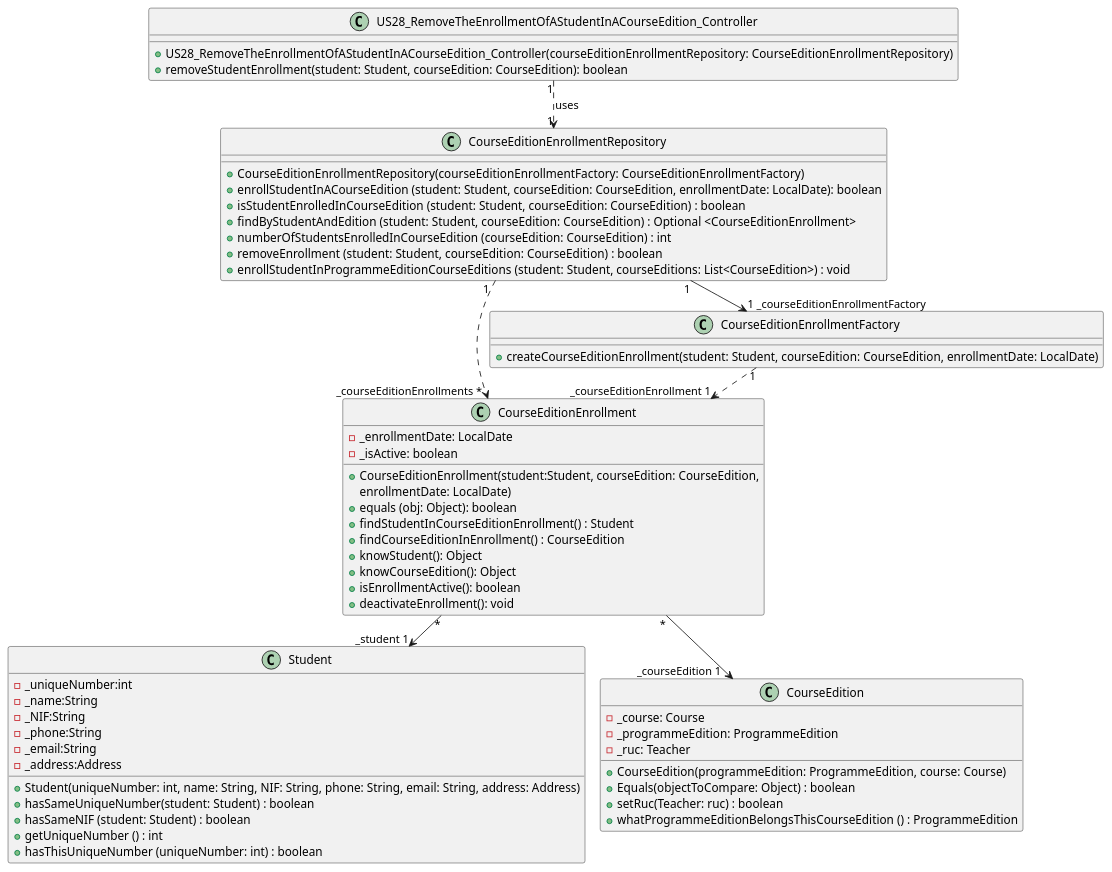
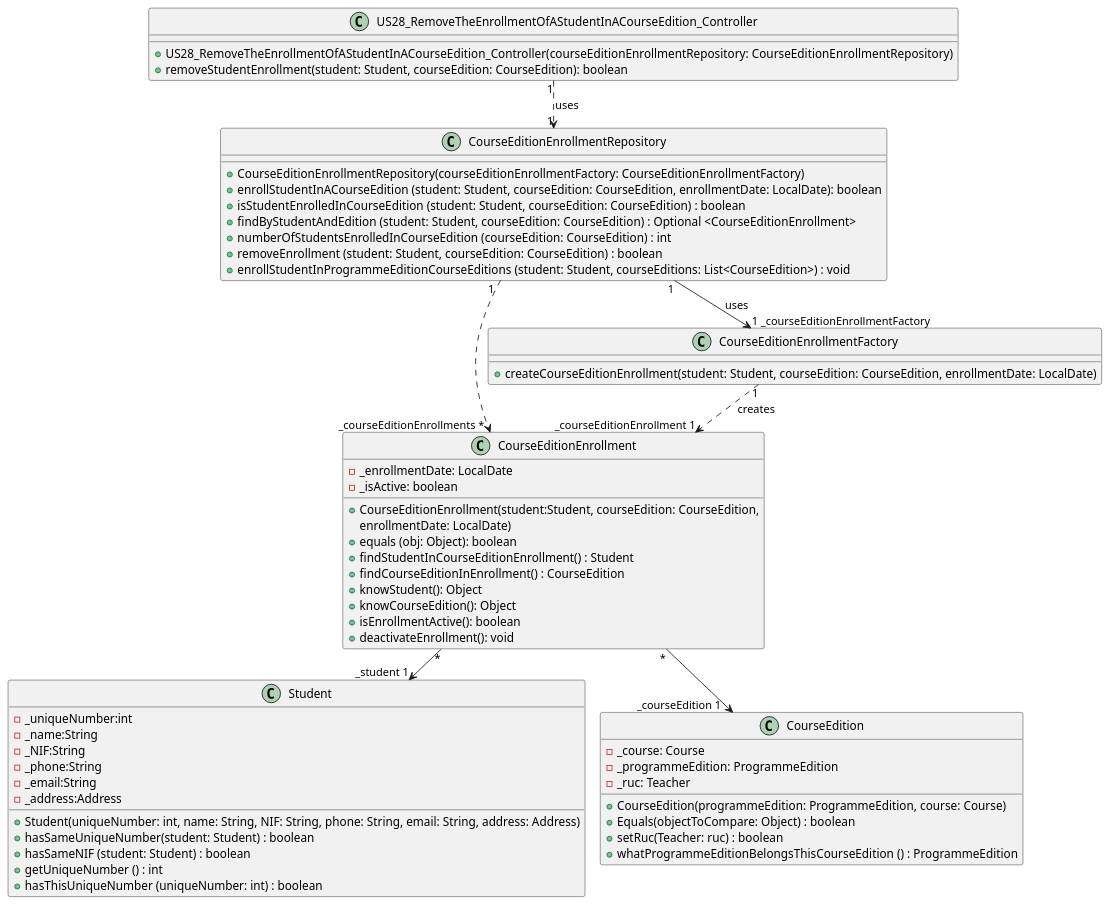
Before and after one commit to GasparISEP/DevOps-PAI: the diagram in docs/US28/US28_RemoveTheEnrollmentOfAStudentInACourseEdition_ClassDiagram.puml, drawn with PlantUML.

Commit message:
Refactor US28_ClassDiagram associations for better readability

```diff
--- a/docs/US28/US28_RemoveTheEnrollmentOfAStudentInACourseEdition_ClassDiagram.puml
+++ b/docs/US28/US28_RemoveTheEnrollmentOfAStudentInACourseEdition_ClassDiagram.puml
@@ -1,67 +1,67 @@
 @startuml
 !pragma layout smetana
 
 class US28_RemoveTheEnrollmentOfAStudentInACourseEdition_Controller {
     +US28_RemoveTheEnrollmentOfAStudentInACourseEdition_Controller(courseEditionEnrollmentRepository: CourseEditionEnrollmentRepository)
     +removeStudentEnrollment(student: Student, courseEdition: CourseEdition): boolean
 }
 
 class CourseEditionEnrollment {
     -_enrollmentDate: LocalDate
     -_isActive: boolean
     +CourseEditionEnrollment(student:Student, courseEdition: CourseEdition,
      enrollmentDate: LocalDate)
     +equals (obj: Object): boolean
     +findStudentInCourseEditionEnrollment() : Student
     +findCourseEditionInEnrollment() : CourseEdition
     +knowStudent(): Object
     +knowCourseEdition(): Object
     +isEnrollmentActive(): boolean
     +deactivateEnrollment(): void
 }
 
 class CourseEditionEnrollmentRepository {
     +CourseEditionEnrollmentRepository(courseEditionEnrollmentFactory: CourseEditionEnrollmentFactory)
     +enrollStudentInACourseEdition (student: Student, courseEdition: CourseEdition, enrollmentDate: LocalDate): boolean
     +isStudentEnrolledInCourseEdition (student: Student, courseEdition: CourseEdition) : boolean
     +findByStudentAndEdition (student: Student, courseEdition: CourseEdition) : Optional <CourseEditionEnrollment>
     +numberOfStudentsEnrolledInCourseEdition (courseEdition: CourseEdition) : int
     +removeEnrollment (student: Student, courseEdition: CourseEdition) : boolean
     +enrollStudentInProgrammeEditionCourseEditions (student: Student, courseEditions: List<CourseEdition>) : void
 }
 
 class Student {
     -_uniqueNumber:int
     -_name:String
     -_NIF:String
     -_phone:String
     -_email:String
     -_address:Address
     +Student(uniqueNumber: int, name: String, NIF: String, phone: String, email: String, address: Address)
     +hasSameUniqueNumber(student: Student) : boolean
     +hasSameNIF (student: Student) : boolean
     +getUniqueNumber () : int
     +hasThisUniqueNumber (uniqueNumber: int) : boolean
 }
 
 class CourseEdition {
     -_course: Course
     -_programmeEdition: ProgrammeEdition
     -_ruc: Teacher
     +CourseEdition(programmeEdition: ProgrammeEdition, course: Course)
     +Equals(objectToCompare: Object) : boolean
     +setRuc(Teacher: ruc) : boolean
     +whatProgrammeEditionBelongsThisCourseEdition () : ProgrammeEdition
 }
 
 class CourseEditionEnrollmentFactory {
     +createCourseEditionEnrollment(student: Student, courseEdition: CourseEdition, enrollmentDate: LocalDate)
 }
 
 CourseEditionEnrollment "*" --> "_student 1" Student
 CourseEditionEnrollment "*" --> "_courseEdition 1    " CourseEdition
 CourseEditionEnrollmentRepository"   1  " ..> "    _courseEditionEnrollments *  "CourseEditionEnrollment
-CourseEditionEnrollmentFactory "1" ..> "      _courseEditionEnrollment 1"CourseEditionEnrollment
-CourseEditionEnrollmentRepository "1" --> "1 _courseEditionEnrollmentFactory      " CourseEditionEnrollmentFactory
+CourseEditionEnrollmentFactory "1" ..> "      _courseEditionEnrollment 1"CourseEditionEnrollment : creates
+CourseEditionEnrollmentRepository "1" --> "1 _courseEditionEnrollmentFactory      " CourseEditionEnrollmentFactory : uses
 US28_RemoveTheEnrollmentOfAStudentInACourseEdition_Controller "1" ..> "1" CourseEditionEnrollmentRepository : uses
 @enduml
```
